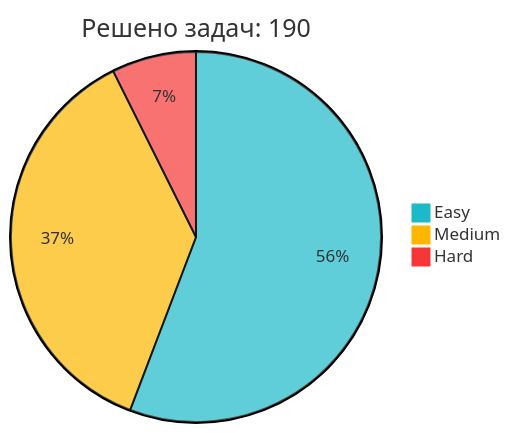
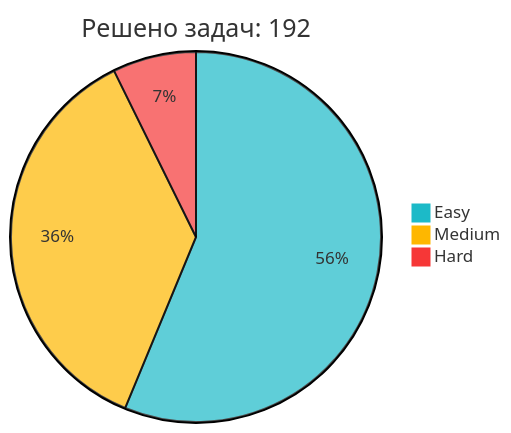
Before and after one commit to IliaKurdukov/IliaKurdukov: the diagram in README.md, drawn with Mermaid. The commit also changed other lines of this file, not shown here.

Commit message:
📈 Обновление статистики LeetCode

````diff
--- a/README.md
+++ b/README.md
@@ -51,7 +51,7 @@
 ```mermaid
 %%{init: {'theme': 'base', 'themeVariables': { 'pie1': '#1CBAC8', 'pie2': '#FEB700', 'pie3': '#F63737' }, 'config': {'width': 300, 'height': 200}}}%%
-pie title Решено задач: 190
-   "Easy" : 106
+pie title Решено задач: 192
+   "Easy" : 108
    "Medium" : 70
    "Hard" : 14
 ```
````
